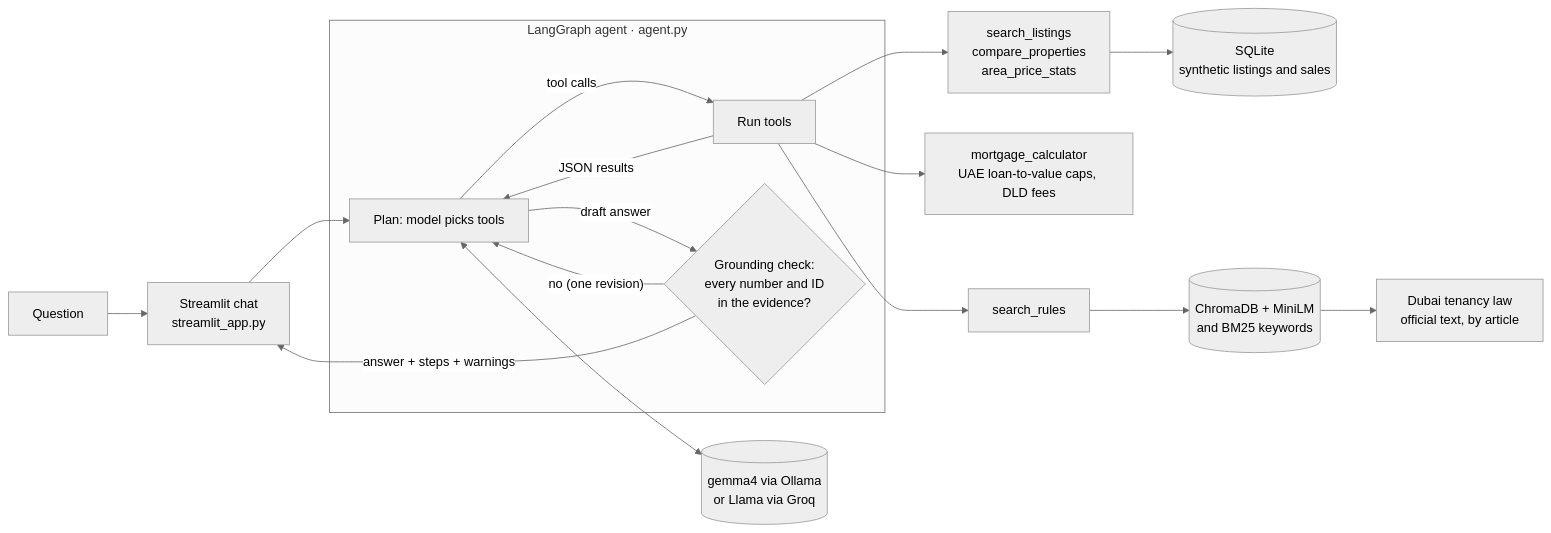
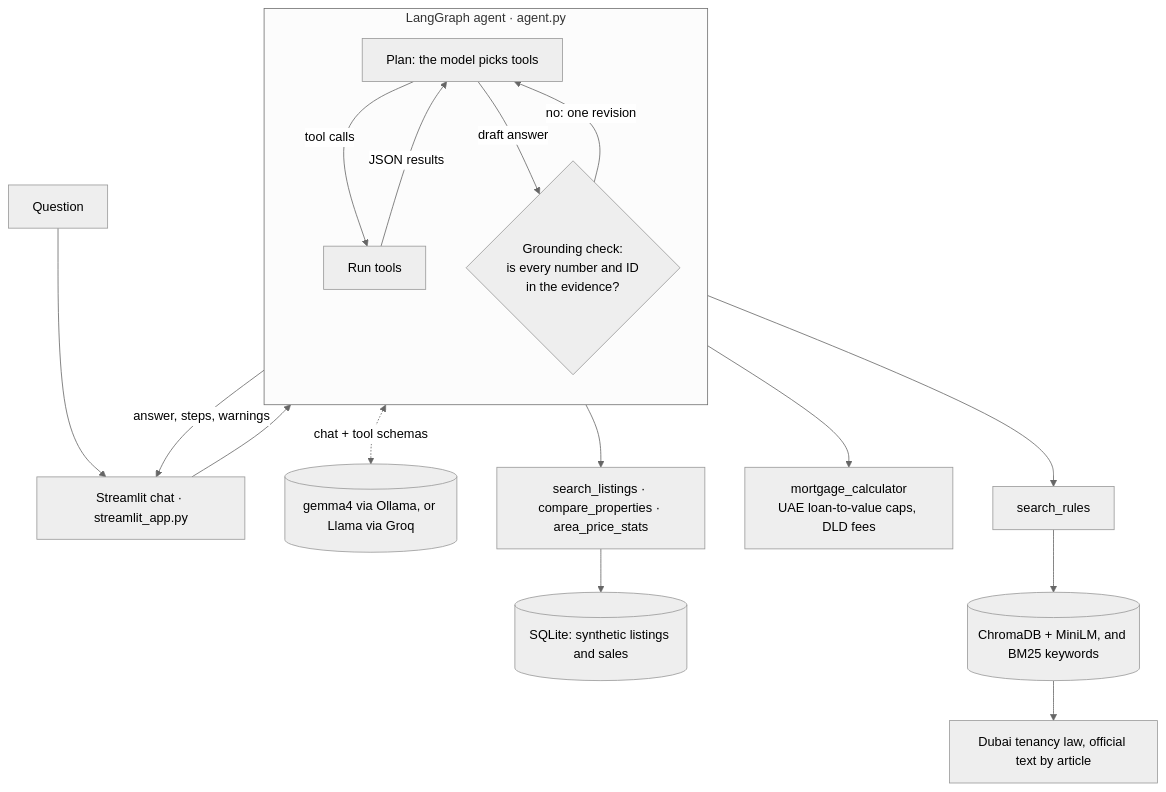
Before and after one commit to arjun9669/EstateAgent-AI: the diagram in README.md, drawn with Mermaid (neutral theme).

Commit message:
README: lay the architecture diagram out top to bottom so it is readable

````diff
--- a/README.md
+++ b/README.md
@@ -42,22 +42,23 @@
 ```mermaid
-flowchart LR
-    Q["Question"] --> UI["Streamlit chat<br/>streamlit_app.py"]
+flowchart TB
+    Q["Question"] --> UI["Streamlit chat · streamlit_app.py"]
     UI --> P
 
     subgraph AG["LangGraph agent · agent.py"]
-        P["Plan: model picks tools"] -- "tool calls" --> T["Run tools"]
+        direction TB
+        P["Plan: the model picks tools"] -- "tool calls" --> T["Run tools"]
         T -- "JSON results" --> P
-        P -- "draft answer" --> G{"Grounding check:<br/>every number and ID<br/>in the evidence?"}
-        G -- "no (one revision)" --> P
+        P -- "draft answer" --> G{"Grounding check:<br/>is every number and ID<br/>in the evidence?"}
+        G -- "no: one revision" --> P
     end
 
-    G -- "answer + steps + warnings" --> UI
-    P <--> LLM[("gemma4 via Ollama<br/>or Llama via Groq")]
+    P <-. "chat + tool schemas" .-> LLM[("gemma4 via Ollama, or Llama via Groq")]
+    G -- "answer, steps, warnings" --> UI
 
-    T --> SL["search_listings<br/>compare_properties<br/>area_price_stats"]
-    SL --> DB[("SQLite<br/>synthetic listings and sales")]
+    T --> SL["search_listings · compare_properties · area_price_stats"]
     T --> MC["mortgage_calculator<br/>UAE loan-to-value caps, DLD fees"]
     T --> SR["search_rules"]
-    SR --> IX[("ChromaDB + MiniLM<br/>and BM25 keywords")]
-    IX --> LAW["Dubai tenancy law<br/>official text, by article"]
+    SL --> DB[("SQLite: synthetic listings and sales")]
+    SR --> IX[("ChromaDB + MiniLM, and BM25 keywords")]
+    IX --> LAW["Dubai tenancy law, official text by article"]
 ```
````
